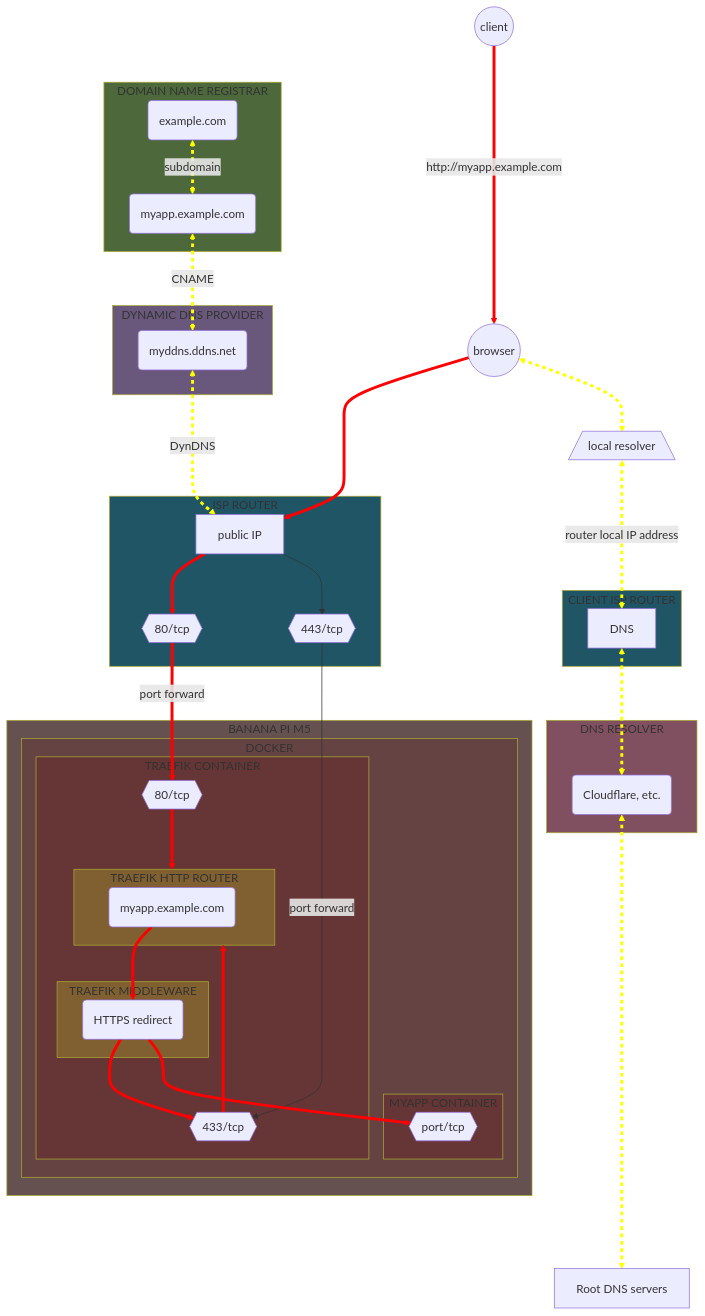
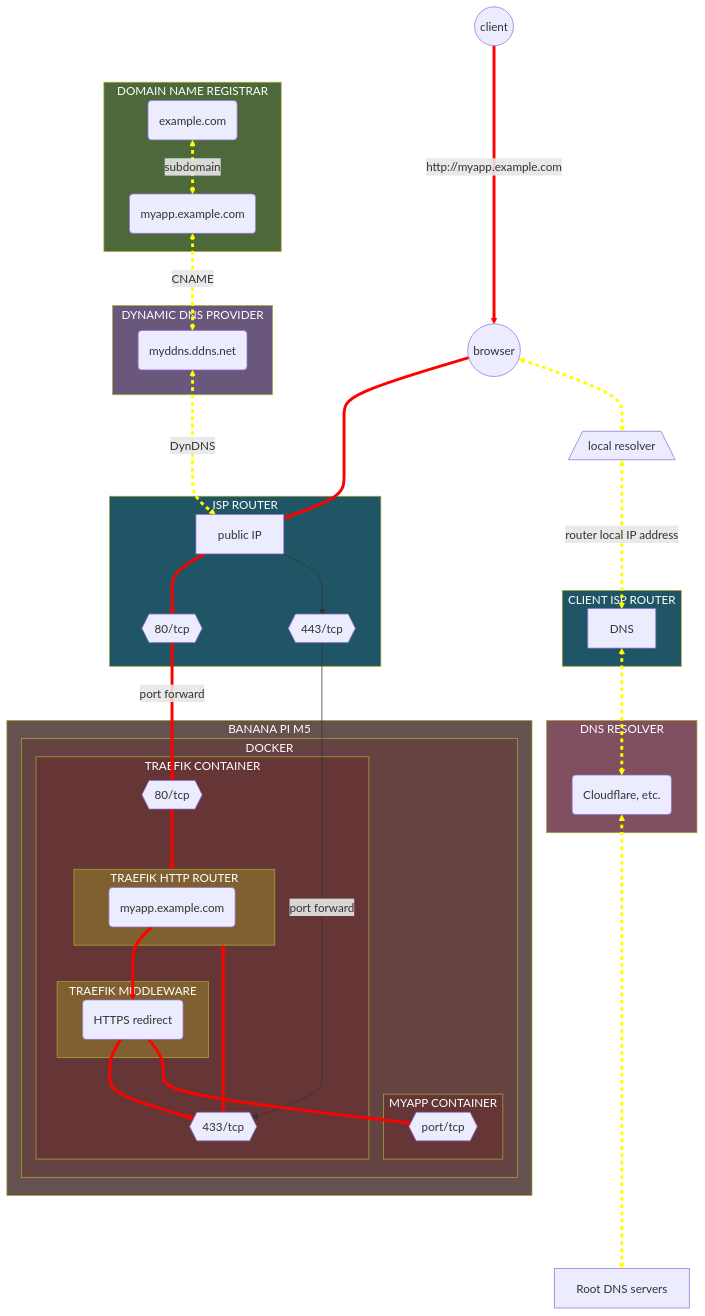
One commit to Yann39/self-hosted changed the eighth of 19 diagrams in README.md. Above: the diagram before and after it, drawn with Mermaid. The commit also changed other lines of this file, not shown here.

Commit message:
force white text on dark background on every mermaid diagram, so it is readable in light mode

````diff
--- a/README.md
+++ b/README.md
@@ -2278,16 +2278,16 @@
 ```mermaid
 flowchart TB
-    style HOSTING_PROVIDER fill: #4d683b
-    style DDNS_PROVIDER fill: #69587b
-    style INTERNET_SERVICE_PROVIDER fill: #205566
-    style INTERNET_SERVICE_PROVIDER2 fill: #205566
-    style SINGLE_BOARD_COMPUTER fill: #665151
-    style CONTAINER_ENGINE fill: #664343
-    style TRAEFIK_CONTAINER fill: #663535
-    style MYAPP_CONTAINER fill: #663535
-    style TRAEFIK_ROUTER fill: #806030
-    style TRAEFIK_MIDDLEWARE fill: #806030
-    style DNS_RESOLVER fill: #805060
+    style HOSTING_PROVIDER fill:#4d683b,color:#fff
+    style DDNS_PROVIDER fill:#69587b,color:#fff
+    style INTERNET_SERVICE_PROVIDER fill:#205566,color:#fff
+    style INTERNET_SERVICE_PROVIDER2 fill:#205566,color:#fff
+    style SINGLE_BOARD_COMPUTER fill:#665151,color:#fff
+    style CONTAINER_ENGINE fill:#664343,color:#fff
+    style TRAEFIK_CONTAINER fill:#663535,color:#fff
+    style MYAPP_CONTAINER fill:#663535,color:#fff
+    style TRAEFIK_ROUTER fill:#806030,color:#fff
+    style TRAEFIK_MIDDLEWARE fill:#806030,color:#fff
+    style DNS_RESOLVER fill:#805060,color:#fff
     DOMAIN(example.com)
     SUBDOMAIN_MYAPP(myapp.example.com)
     DDNS(myddns.ddns.net)
````
